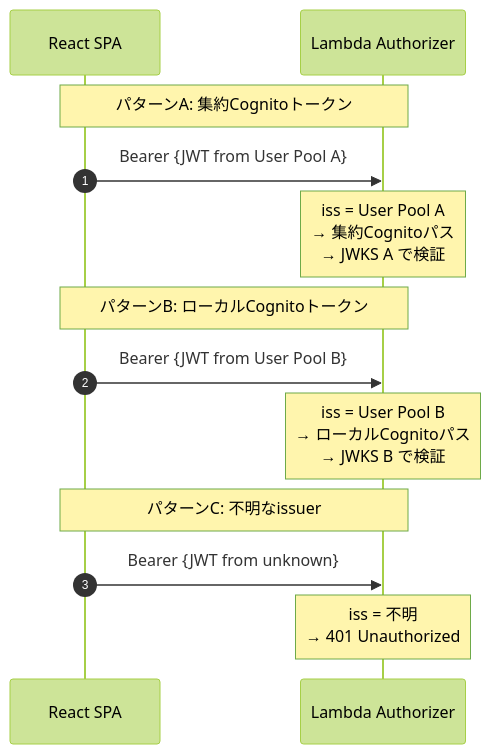
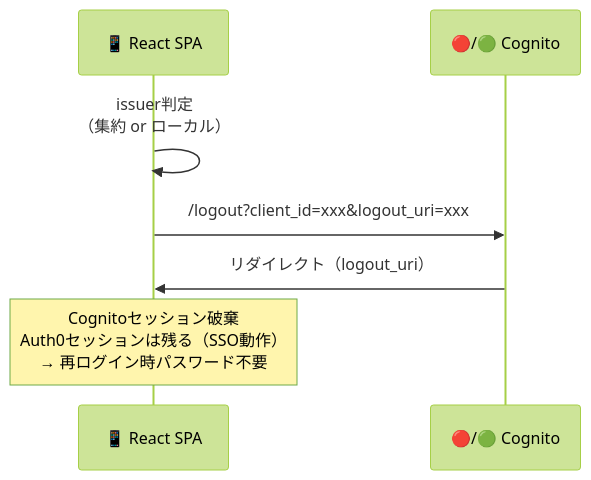
One commit to suepie/aws-atuh-poc changed the sixth of 7 diagrams in doc/design/auth-flow.md. Above: the diagram before and after it, drawn with Mermaid (forest theme). The commit also changed other lines of this file and 20 other files, not shown here.

````diff
--- a/doc/design/auth-flow.md
+++ b/doc/design/auth-flow.md
@@ -112,18 +214,11 @@
 ```mermaid
 sequenceDiagram
-    autonumber
-    participant SPA as React SPA
-    participant Lambda as Lambda Authorizer
+    participant SPA as 📱 React SPA
+    participant Cognito as 🔴/🟢 Cognito
 
-    Note over SPA,Lambda: パターンA: 集約Cognitoトークン
-    SPA->>Lambda: Bearer {JWT from User Pool A}
-    Note over Lambda: iss = User Pool A<br/>→ 集約Cognitoパス<br/>→ JWKS A で検証
+    SPA->>SPA: issuer判定<br/>（集約 or ローカル）
+    SPA->>Cognito: /logout?client_id=xxx&logout_uri=xxx
+    Cognito->>SPA: リダイレクト（logout_uri）
 
-    Note over SPA,Lambda: パターンB: ローカルCognitoトークン
-    SPA->>Lambda: Bearer {JWT from User Pool B}
-    Note over Lambda: iss = User Pool B<br/>→ ローカルCognitoパス<br/>→ JWKS B で検証
-
-    Note over SPA,Lambda: パターンC: 不明なissuer
-    SPA->>Lambda: Bearer {JWT from unknown}
-    Note over Lambda: iss = 不明<br/>→ 401 Unauthorized
+    Note over SPA: Cognitoセッション破棄<br/>Auth0セッションは残る（SSO動作）<br/>→ 再ログイン時パスワード不要
 ```
````
